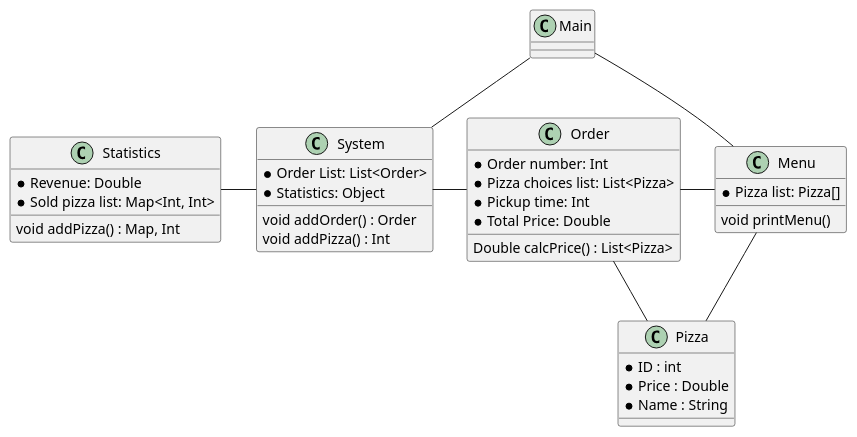
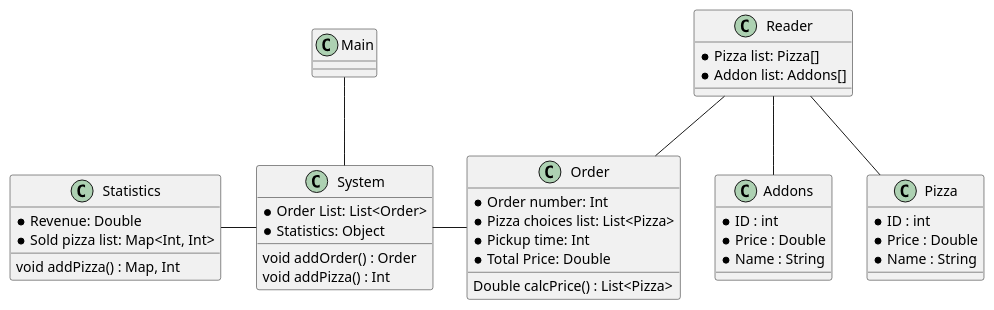
The diagram in .idea/UML/Class diagram.puml (Kvark96/SP3_Mario), drawn with PlantUML before and after one commit. The commit also changed 2 other files, not shown here.

Commit message:
Class diagram updated

```diff
--- a/.idea/UML/Class diagram.puml
+++ b/.idea/UML/Class diagram.puml
@@ -1,45 +1,51 @@
 @startuml
 
-Class Menu{
+Class Reader{
     *Pizza list: Pizza[]
-    void printMenu()
+    * Addon list: Addons[]
+
 }
 
 Class Main {
+}
+
+Class Addons{
+    *ID : int
+    *Price : Double
+    *Name : String
 }
 
 Class Pizza{
     *ID : int
     *Price : Double
     *Name : String
 }
 
 Class Order{
     *Order number: Int
     *Pizza choices list: List<Pizza>
     *Pickup time: Int
     *Total Price: Double
     Double calcPrice() : List<Pizza>
 }
 
 Class System{
     * Order List: List<Order>
     * Statistics: Object
     void addOrder() : Order
     void addPizza() : Int
 }
 Class Statistics{
     * Revenue: Double
     * Sold pizza list: Map<Int, Int>
     void addPizza() : Map, Int
 }
 
-Pizza -- Order
+Reader -- Order
 Order -left- System
 System -left- Statistics
-Menu -- Pizza
-Menu -left- Order
 Main -- System
-Main -- Menu
+Reader -- Pizza
+Reader -- Addons
 
 @enduml
```
